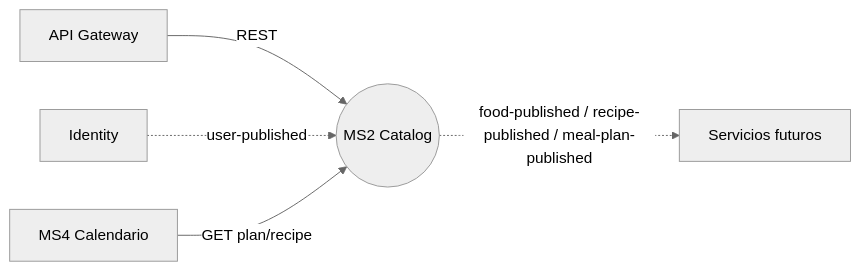
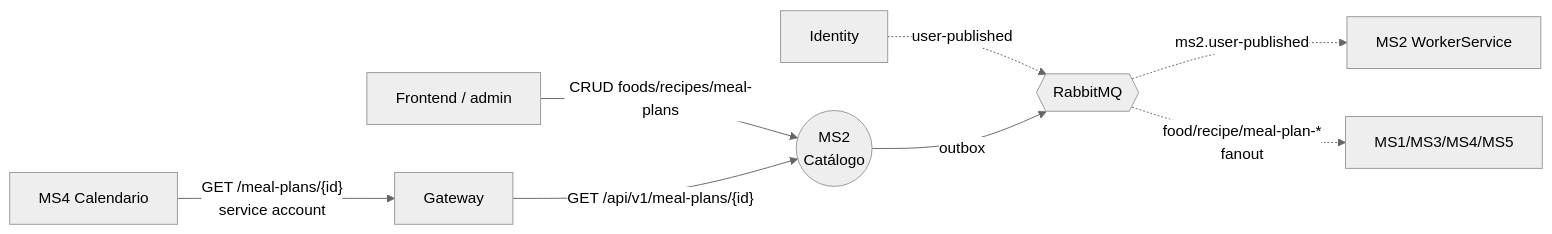
Before and after one commit to Nur-tricenter/knowledge: the diagram in services/ms2-catalog/README.md, drawn with Mermaid (neutral theme). The commit also changed other lines of this file and 10 other files, not shown here.

````diff
--- a/services/ms2-catalog/README.md
+++ b/services/ms2-catalog/README.md
@@ -30,7 +43,10 @@
 ```mermaid
 flowchart LR
-  GW[API Gateway] -- REST --> S((MS2 Catalog))
-  ID[Identity] -. user-published .-> S
-  S -. food-published / recipe-published / meal-plan-published .-> F[Servicios futuros]
-  MS4[MS4 Calendario] -- GET plan/recipe --> S
+  FE[Frontend / admin] -- "CRUD foods/recipes/meal-plans" --> MS2((MS2<br/>Catálogo))
+  MS4[MS4 Calendario] -- "GET /meal-plans/{id}<br/>service account" --> GW[Gateway]
+  GW -- "GET /api/v1/meal-plans/{id}" --> MS2
+  ID[Identity] -. "user-published" .-> MQ{{RabbitMQ}}
+  MQ -. "ms2.user-published" .-> W[MS2 WorkerService]
+  MS2 -- "outbox" --> MQ
+  MQ -. "food/recipe/meal-plan-*<br/>fanout" .-> MSX[MS1/MS3/MS4/MS5]
 ```
````
